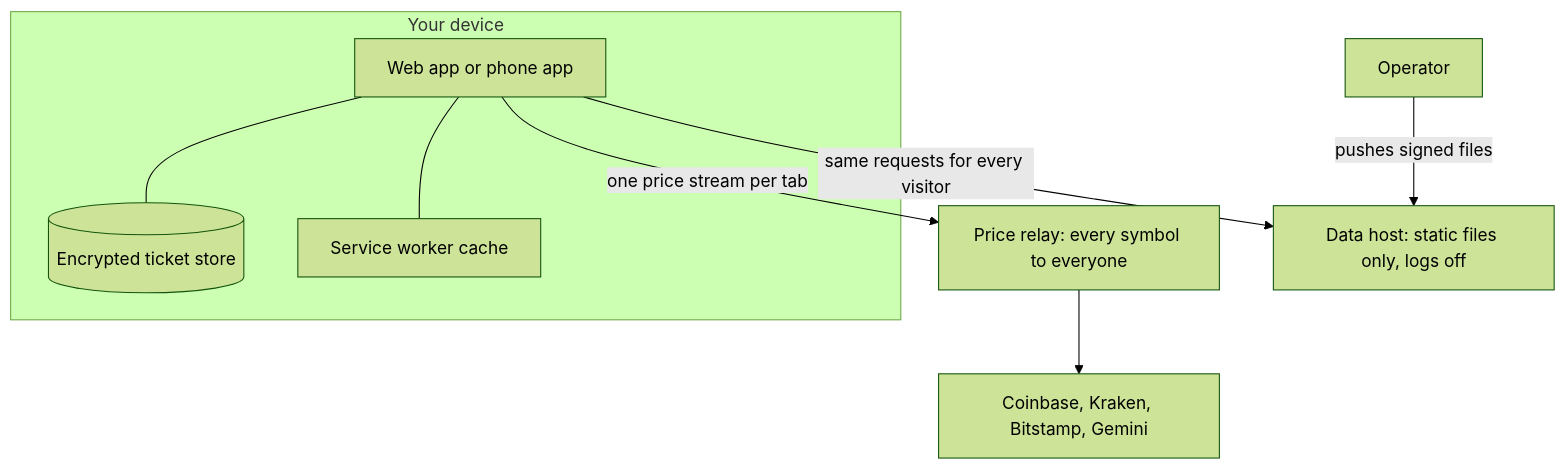
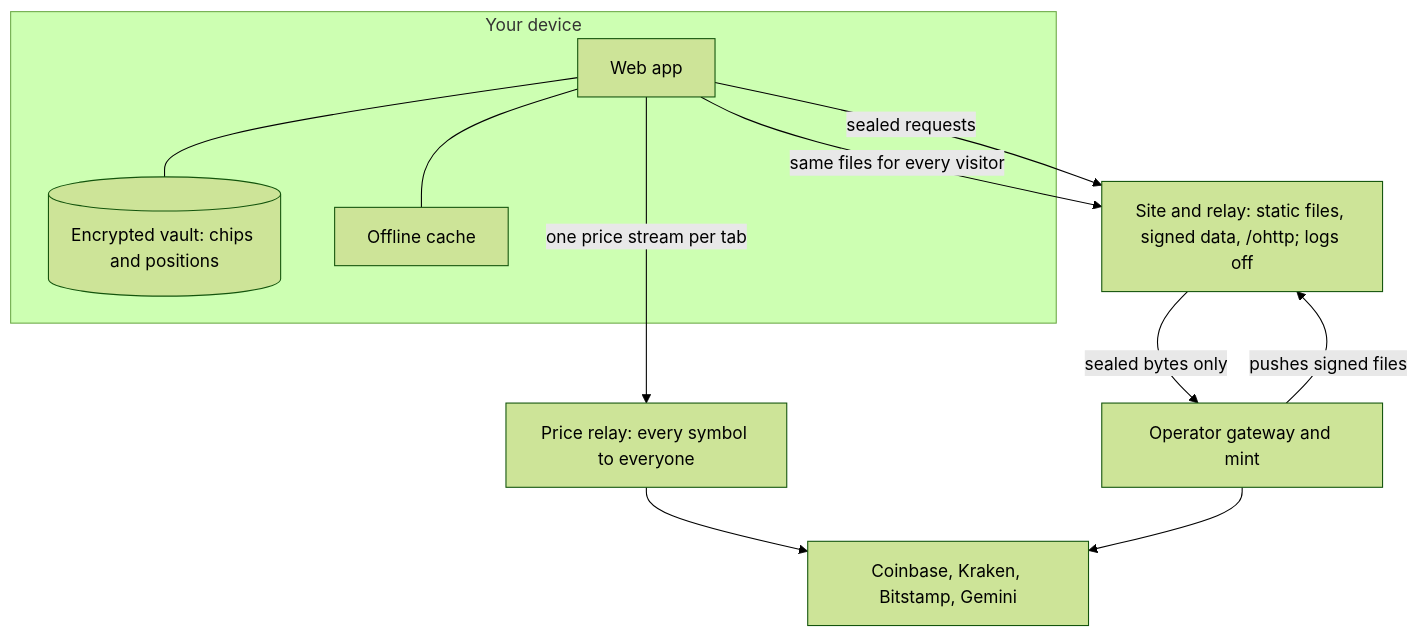
Before and after one commit to Blockchain-Oracle/kakure: the third of 4 diagrams in apps/docs/content/docs/system-maps.mdx, drawn with Mermaid (forest theme). The commit also changed other lines of this file and 15 other files, not shown here.

````diff
--- a/apps/docs/content/docs/system-maps.mdx
+++ b/apps/docs/content/docs/system-maps.mdx
@@ -47,18 +50,21 @@
 ```mermaid
 flowchart TB
   subgraph device[Your device]
-    app[Web app or phone app]
-    sw[Service worker cache]
-    db[(Encrypted ticket store)]
+    app[Web app]
+    vault[(Encrypted vault: chips and positions)]
+    sw[Offline cache]
   end
-  host[Data host: static files only, logs off]
-  relay[Price relay: every symbol to everyone]
-  op[Operator]
-  venues[Coinbase, Kraken, Bitstamp, Gemini]
-  op -- pushes signed files --> host
-  app -- same requests for every visitor --> host
-  app -- one price stream per tab --> relay
-  relay --> venues
+  worker[Site and relay: static files, signed data, /ohttp; logs off]
+  prices[Price relay: every symbol to everyone]
+  op[Operator gateway and mint]
+  ex[Coinbase, Kraken, Bitstamp, Gemini]
+  op -- pushes signed files --> worker
+  app -- same files for every visitor --> worker
+  app -- sealed requests --> worker
+  worker -- sealed bytes only --> op
+  app -- one price stream per tab --> prices
+  prices --> ex
+  op --> ex
+  app --- vault
   app --- sw
-  app --- db
 ```
````
